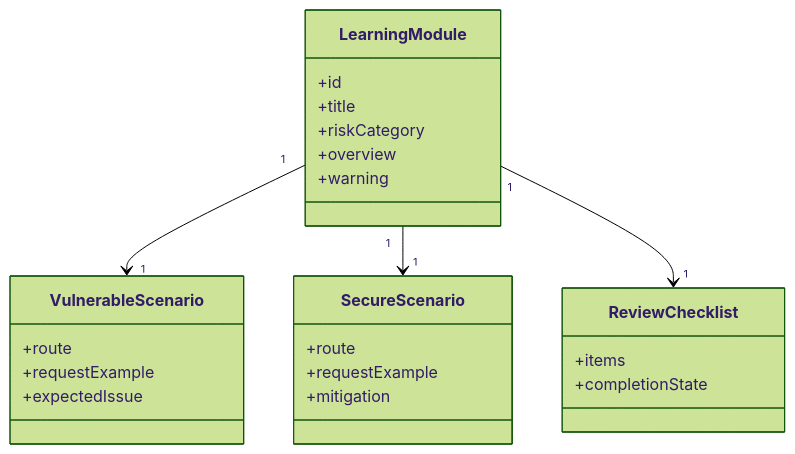
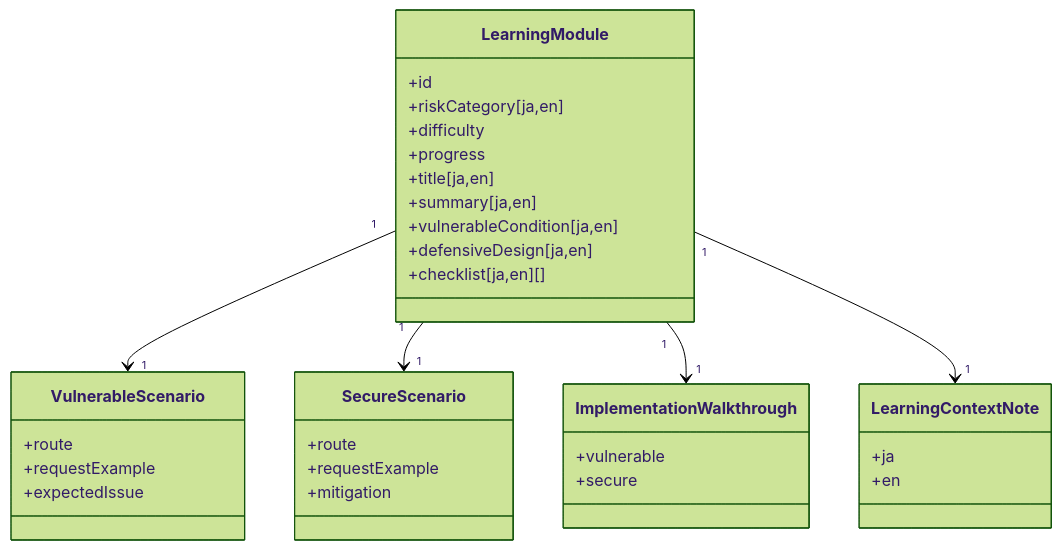
One commit to kiryu1211/api-security-lab-platform changed the second of 8 diagrams in docs/design.en.md. Above: the diagram before and after it, drawn with Mermaid (forest theme). The commit also changed other lines of this file and 15 other files, not shown here.

````diff
--- a/docs/design.en.md
+++ b/docs/design.en.md
@@ -36,28 +35,37 @@
 ```mermaid
 classDiagram
     class LearningModule {
         +id
-        +title
-        +riskCategory
-        +overview
-        +warning
+        +riskCategory[ja,en]
+        +difficulty
+        +progress
+        +title[ja,en]
+        +summary[ja,en]
+        +vulnerableCondition[ja,en]
+        +defensiveDesign[ja,en]
+        +checklist[ja,en][]
     }
     class VulnerableScenario {
         +route
         +requestExample
         +expectedIssue
     }
     class SecureScenario {
         +route
         +requestExample
         +mitigation
     }
-    class ReviewChecklist {
-        +items
-        +completionState
+    class ImplementationWalkthrough {
+        +vulnerable
+        +secure
+    }
+    class LearningContextNote {
+        +ja
+        +en
     }
 
     LearningModule "1" --> "1" VulnerableScenario
     LearningModule "1" --> "1" SecureScenario
-    LearningModule "1" --> "1" ReviewChecklist
+    LearningModule "1" --> "1" ImplementationWalkthrough
+    LearningModule "1" --> "1" LearningContextNote
 ```
````
